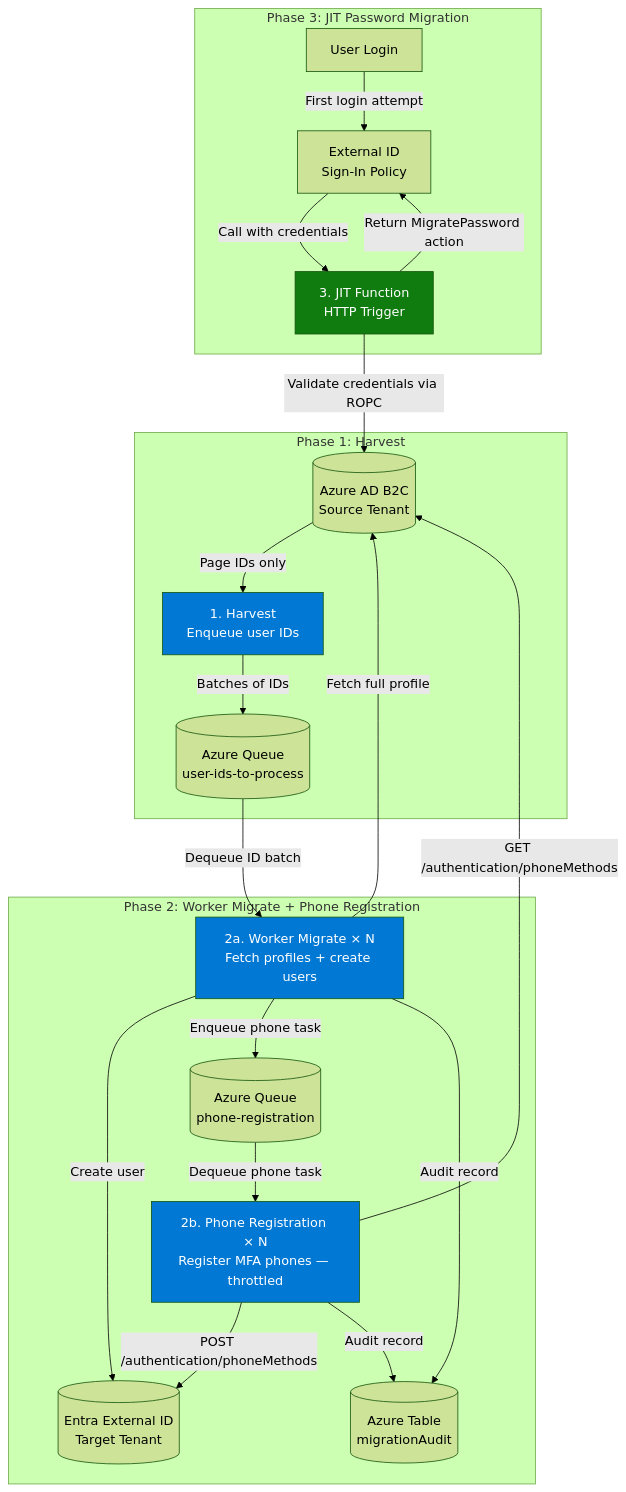
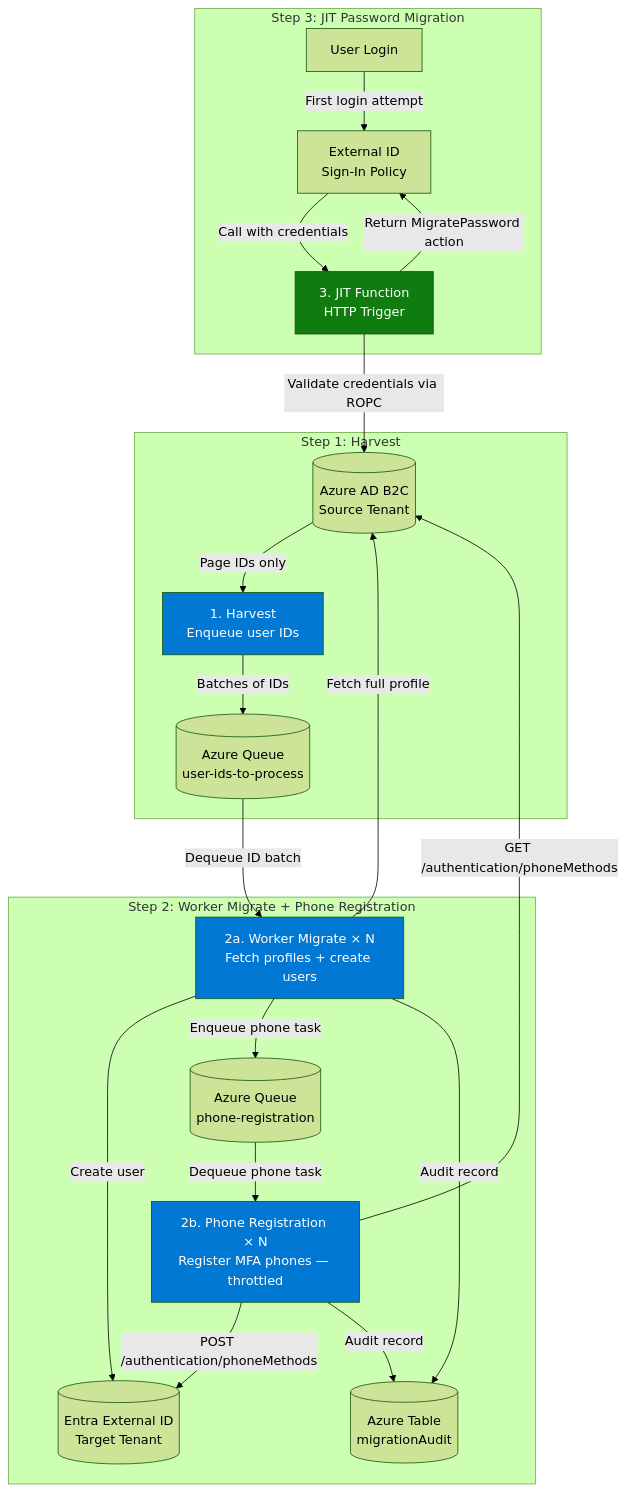
One commit to alvesfabi/b2c-to-meeid-migration-tool changed the diagram in README.md. Above: the diagram before and after it, drawn with Mermaid (forest theme). The commit also changed other lines of this file, not shown here.

Commit message:
docs(README): fix Mermaid diagram labels (Phase→Step), correct 181K user claim to ~23K, fix throttle rate description
- Mermaid subgraph labels now use 'Step 1/2/3' consistent with doc naming
- Corrected '181K users' benchmark claim to actual ~23K tested locally
- Fixed phone registration rate description to match code default (400ms delay)

````diff
--- a/README.md
+++ b/README.md
@@ -30,45 +30,45 @@
 ```mermaid
 graph TB
-    subgraph "Phase 1: Harvest"
+    subgraph "Step 1: Harvest"
         B2C[(Azure AD B2C<br/>Source Tenant)]
         Harvest[1. Harvest<br/>Enqueue user IDs]
         Queue1[(Azure Queue<br/>user-ids-to-process)]
 
         B2C -->|Page IDs only| Harvest
         Harvest -->|Batches of IDs| Queue1
     end
 
-    subgraph "Phase 2: Worker Migrate + Phone Registration"
+    subgraph "Step 2: Worker Migrate + Phone Registration"
         Worker[2a. Worker Migrate × N<br/>Fetch profiles + create users]
         ExtID[(Entra External ID<br/>Target Tenant)]
         Queue2[(Azure Queue<br/>phone-registration)]
         PhoneWorker[2b. Phone Registration × N<br/>Register MFA phones — throttled]
         AuditTable[(Azure Table<br/>migrationAudit)]
 
         Queue1 -->|Dequeue ID batch| Worker
         Worker -->|Fetch full profile| B2C
         Worker -->|Create user| ExtID
         Worker -->|Enqueue phone task| Queue2
         Worker -->|Audit record| AuditTable
         Queue2 -->|Dequeue phone task| PhoneWorker
         PhoneWorker -->|GET /authentication/phoneMethods| B2C
         PhoneWorker -->|POST /authentication/phoneMethods| ExtID
         PhoneWorker -->|Audit record| AuditTable
     end
 
-    subgraph "Phase 3: JIT Password Migration"
+    subgraph "Step 3: JIT Password Migration"
         User[User Login]
         ExtIDLogin[External ID<br/>Sign-In Policy]
         JIT[3. JIT Function<br/>HTTP Trigger]
 
         User -->|First login attempt| ExtIDLogin
         ExtIDLogin -->|Call with credentials| JIT
         JIT -->|Validate credentials via ROPC| B2C
         JIT -->|Return MigratePassword action| ExtIDLogin
     end
 
     style Harvest fill:#0078d4,color:#fff
     style Worker fill:#0078d4,color:#fff
     style PhoneWorker fill:#0078d4,color:#fff
     style JIT fill:#107c10,color:#fff
 ```
````
